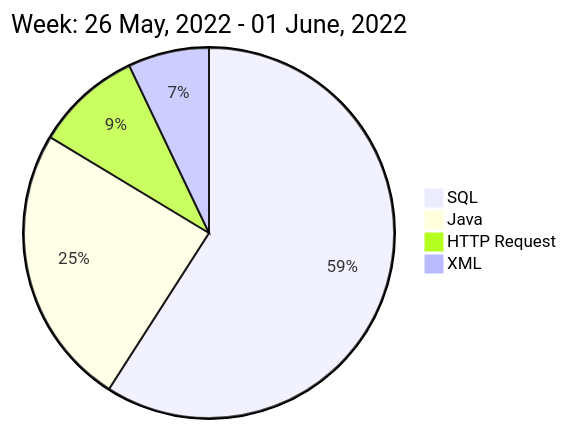
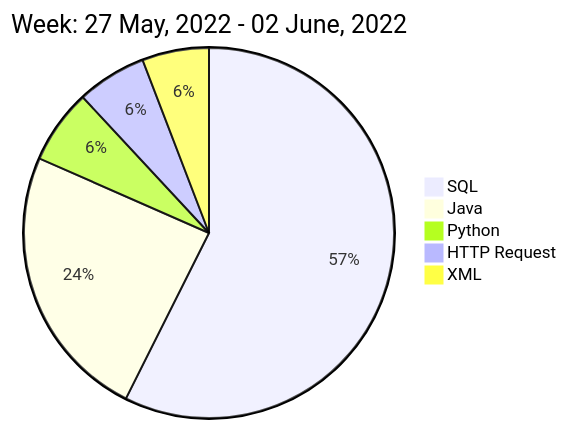
One commit to liubin95/liubin95 changed the diagram in README.md. Above: the diagram before and after it, drawn with Mermaid.

Commit message:
Updated the Graph with new Metrics

````diff
--- a/README.md
+++ b/README.md
@@ -40,8 +40,9 @@
 ```mermaid
  pie
-title Week: 26 May, 2022 - 01 June, 2022
- "SQL" : 12.93
- "Java" : 5.38
- "HTTP Request" : 2.03
- "XML" : 1.55
+title Week: 27 May, 2022 - 02 June, 2022
+ "SQL" : 11.32
+ "Java" : 4.77
+ "Python" : 1.28
+ "HTTP Request" : 1.2
+ "XML" : 1.15
 ```
````
